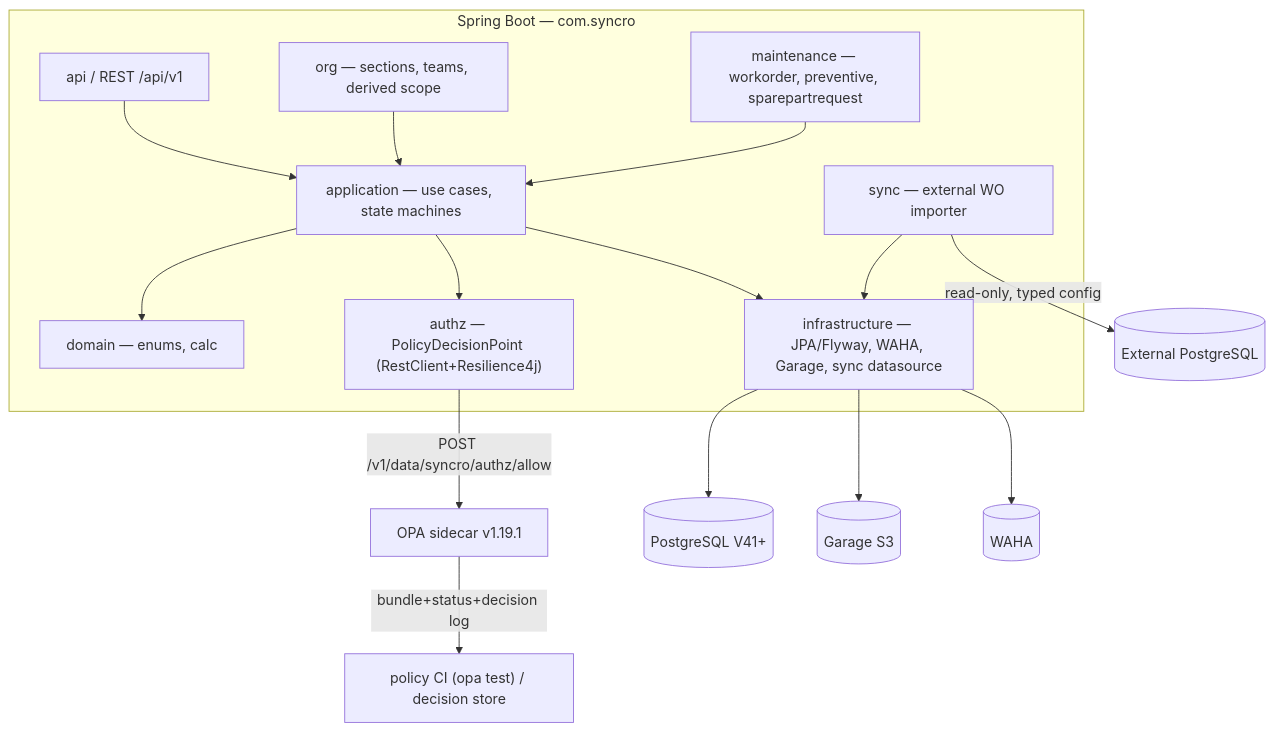
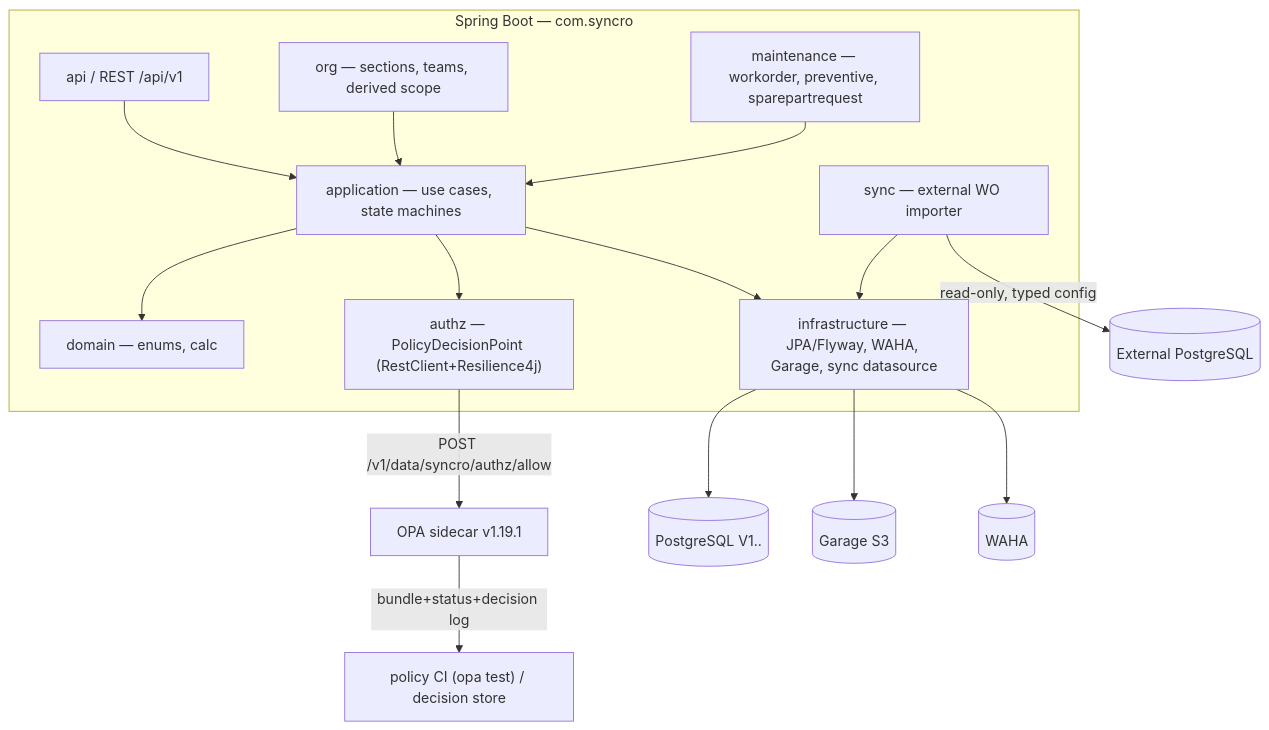
Before and after one commit to dwcahyo23/syncro-spring: the diagram in _bmad-output/planning-artifacts/architecture/architecture-Syncro-2026-08-24/ARCHITECTURE-SPINE.md, drawn with Mermaid. The commit also changed other lines of this file and 6 other files, not shown here.

````diff
--- a/_bmad-output/planning-artifacts/architecture/architecture-Syncro-2026-08-24/ARCHITECTURE-SPINE.md
+++ b/_bmad-output/planning-artifacts/architecture/architecture-Syncro-2026-08-24/ARCHITECTURE-SPINE.md
@@ -154,26 +200,26 @@
 ```mermaid
 graph TD
   subgraph backend["Spring Boot — com.syncro"]
     api["api / REST /api/v1"]
     app["application — use cases, state machines"]
     dom["domain — enums, calc"]
     inf["infrastructure — JPA/Flyway, WAHA, Garage, sync datasource"]
     authz["authz — PolicyDecisionPoint (RestClient+Resilience4j)"]
     org["org — sections, teams, derived scope"]
     maint["maintenance — workorder, preventive, sparepartrequest"]
     syncmod["sync — external WO importer"]
   end
   api --> app
   app --> dom
   app --> inf
   app --> authz
   authz -->|"POST /v1/data/syncro/authz/allow"| opa["OPA sidecar v1.19.1"]
   opa -->|"bundle+status+decision log"| ctrl["policy CI (opa test) / decision store"]
   org --> app
   maint --> app
   syncmod --> inf
-  inf --> pg[("PostgreSQL V41+")]
+  inf --> pg[("PostgreSQL V1..")]
   inf --> garage[("Garage S3")]
   inf --> waha[("WAHA")]
   syncmod -->|"read-only, typed config"| extdb[("External PostgreSQL")]
 ```
````
